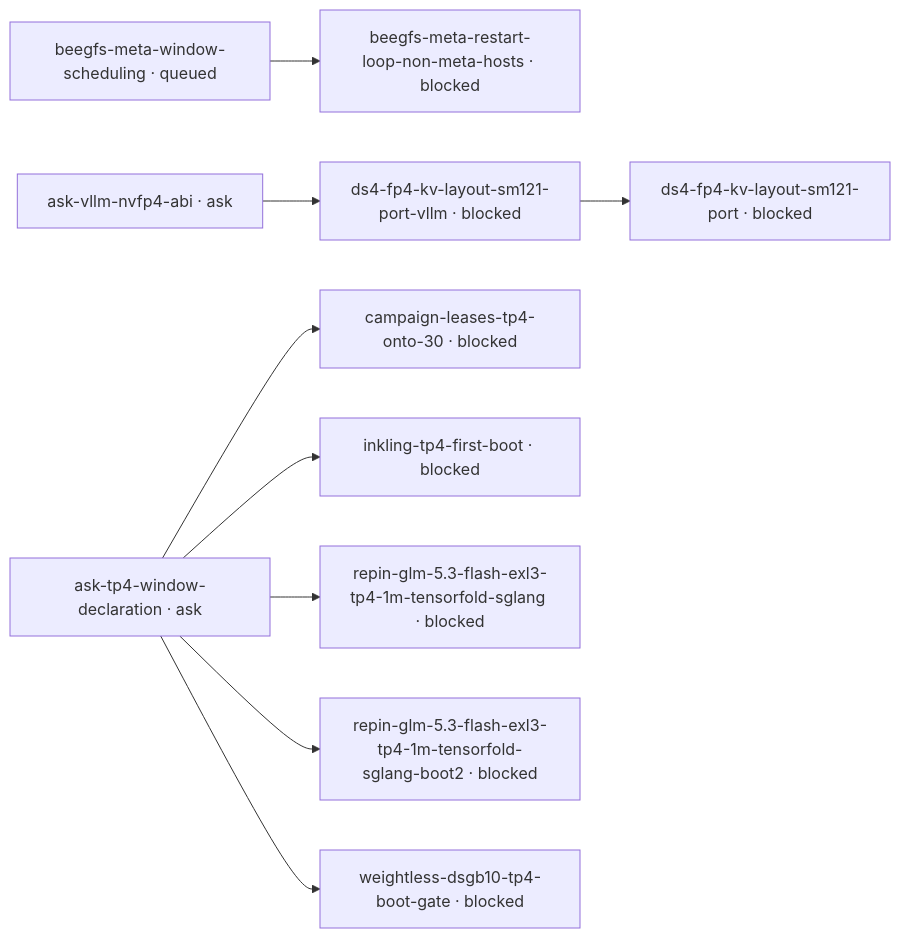
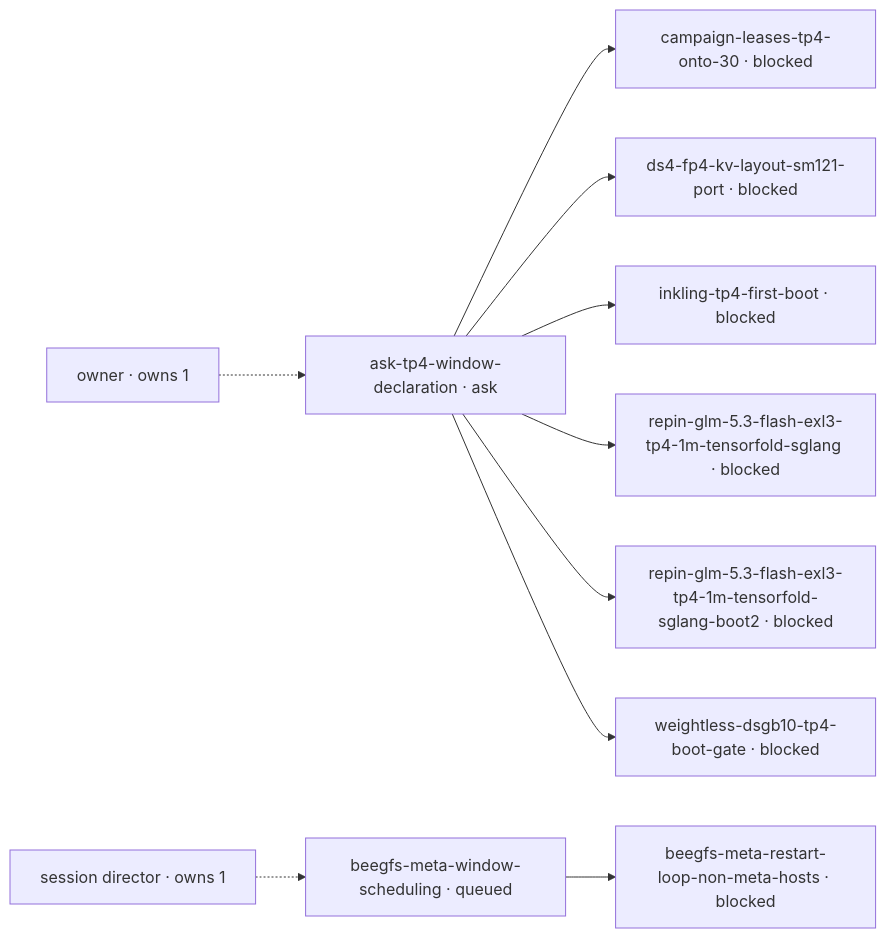
One commit to littlecedar/sparkrun-recipe-registry changed the diagram in mad-science/STATUS.md. Above: the diagram before and after it, drawn with Mermaid. The commit also changed other lines of this file, not shown here.

````diff
--- a/mad-science/STATUS.md
+++ b/mad-science/STATUS.md
@@ -22,24 +22,25 @@
 ```mermaid
 flowchart LR
-  %% 8 blocked, 8 edges, 0 prose-gated, 12 rows not drawn (--all)
+  %% 7 blocked, 7 blocker edge(s), 2 drained by owner (1), session director (1)
+  r1["owner · owns 1"]
+  r2["session director · owns 1"]
   t1["ask-tp4-window-declaration · ask"]
-  t2["ask-vllm-nvfp4-abi · ask"]
-  t3["beegfs-meta-restart-loop-non-meta-hosts · blocked"]
-  t4["beegfs-meta-window-scheduling · queued"]
-  t5["campaign-leases-tp4-onto-30 · blocked"]
-  t6["ds4-fp4-kv-layout-sm121-port · blocked"]
-  t7["ds4-fp4-kv-layout-sm121-port-vllm · blocked"]
-  t8["inkling-tp4-first-boot · blocked"]
-  t9["repin-glm-5.3-flash-exl3-tp4-1m-tensorfold-sglang · blocked"]
-  t10["repin-glm-5.3-flash-exl3-tp4-1m-tensorfold-sglang-boot2 · blocked"]
-  t11["weightless-dsgb10-tp4-boot-gate · blocked"]
+  t2["beegfs-meta-restart-loop-non-meta-hosts · blocked"]
+  t3["beegfs-meta-window-scheduling · queued"]
+  t4["campaign-leases-tp4-onto-30 · blocked"]
+  t5["ds4-fp4-kv-layout-sm121-port · blocked"]
+  t6["inkling-tp4-first-boot · blocked"]
+  t7["repin-glm-5.3-flash-exl3-tp4-1m-tensorfold-sglang · blocked"]
+  t8["repin-glm-5.3-flash-exl3-tp4-1m-tensorfold-sglang-boot2 · blocked"]
+  t9["weightless-dsgb10-tp4-boot-gate · blocked"]
+  t1 --> t4
   t1 --> t5
+  t1 --> t6
+  t1 --> t7
   t1 --> t8
   t1 --> t9
-  t1 --> t10
-  t1 --> t11
-  t2 --> t7
-  t4 --> t3
-  t7 --> t6
+  t3 --> t2
+  r1 -.-> t1
+  r2 -.-> t3
   classDef no-recorded-edge stroke-dasharray: 4 3
 ```
````
